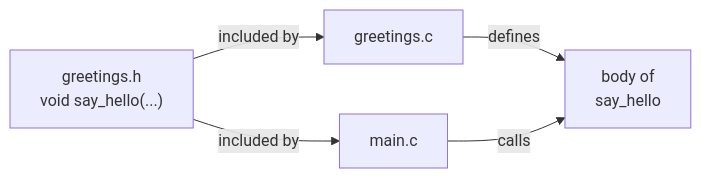
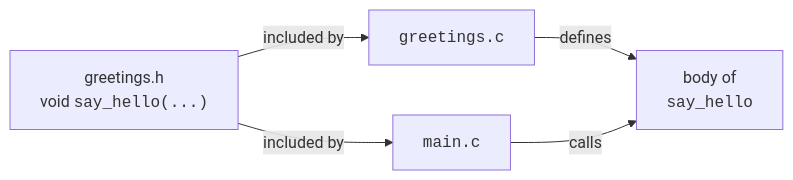
The diagram in content/learn/c-programming-for-beginners/compilation-and-execution.mdx (dataslope/dataslope), drawn with Mermaid before and after one commit. The commit also changed 218 other files, not shown here.

First line of the commit message:
Render code-only mermaid shapes in monospace; convert step sequences to Steps (#467)

````diff
--- a/content/learn/c-programming-for-beginners/compilation-and-execution.mdx
+++ b/content/learn/c-programming-for-beginners/compilation-and-execution.mdx
@@ -213,7 +213,7 @@
 ```mermaid
 flowchart LR
-    H["greetings.h<br/>void say_hello(...)"] -->|included by| M[main.c]
-    H -->|included by| G[greetings.c]
-    G -->|defines| BODY["body of<br/>say_hello"]
+    H["greetings.h<br/>void <code>say_hello(...)</code>"] -->|included by| M["<code>main.c</code>"]
+    H -->|included by| G["<code>greetings.c</code>"]
+    G -->|defines| BODY["body of<br/><code>say_hello</code>"]
     M -->|calls| BODY
 ```
````
